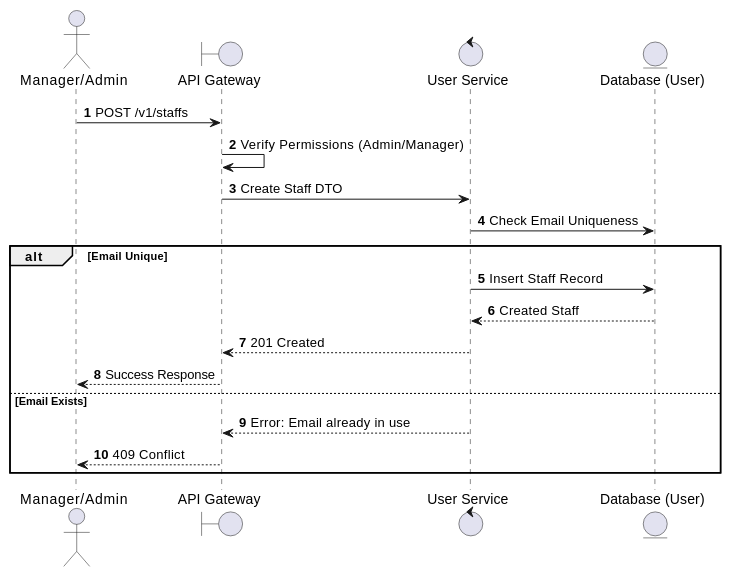
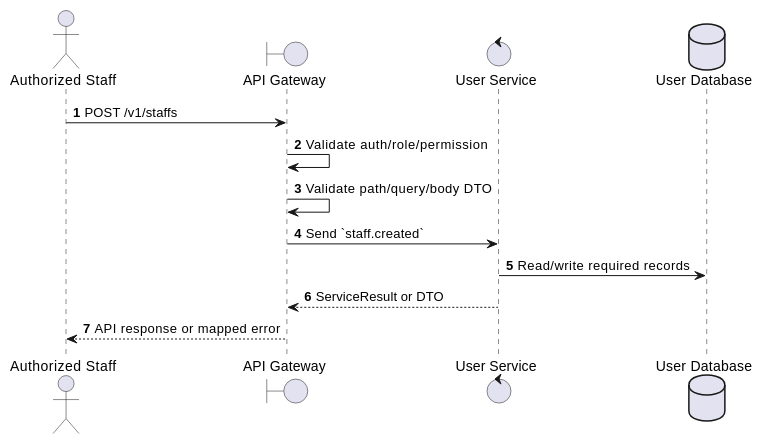
The first of 2 diagrams in docs/functional_specs/3.1_User_Management/UM-04_Create_Staff.md (Tanh1603/movie-hub-architecture), drawn with PlantUML before and after one commit. The commit also changed other lines of this file and 126 other files, not shown here.

````diff
--- a/docs/functional_specs/3.1_User_Management/UM-04_Create_Staff.md
+++ b/docs/functional_specs/3.1_User_Management/UM-04_Create_Staff.md
@@ -17,23 +17,17 @@
 ```plantuml
 @startuml
 autonumber
-actor "Manager/Admin" as Admin
+actor "Authorized Staff" as Actor
 boundary "API Gateway" as GW
-control "User Service" as US
-entity "Database (User)" as DB
+control "User Service" as SVC
+database "User Database" as DB
 
-Admin -> GW: POST /v1/staffs
-GW -> GW: Verify Permissions (Admin/Manager)
-GW -> US: Create Staff DTO
-US -> DB: Check Email Uniqueness
-alt Email Unique
-    US -> DB: Insert Staff Record
-    DB --> US: Created Staff
-    US --> GW: 201 Created
-    GW --> Admin: Success Response
-else Email Exists
-    US --> GW: Error: Email already in use
-    GW --> Admin: 409 Conflict
-end
+Actor -> GW: POST /v1/staffs
+GW -> GW: Validate auth/role/permission
+GW -> GW: Validate path/query/body DTO
+GW -> SVC: Send `staff.created`
+SVC -> DB: Read/write required records
+SVC --> GW: ServiceResult or DTO
+GW --> Actor: API response or mapped error
 @enduml
 ```
````
